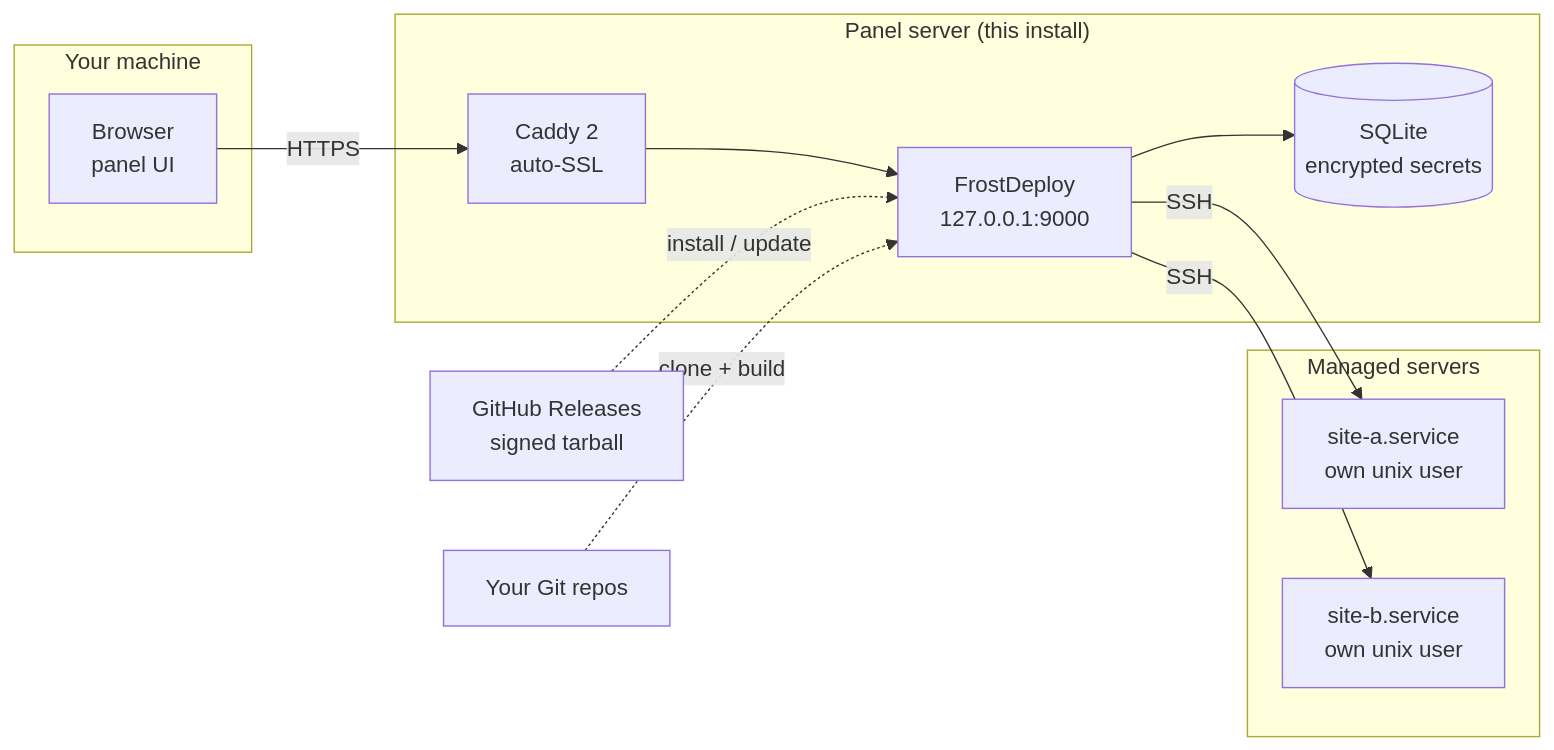
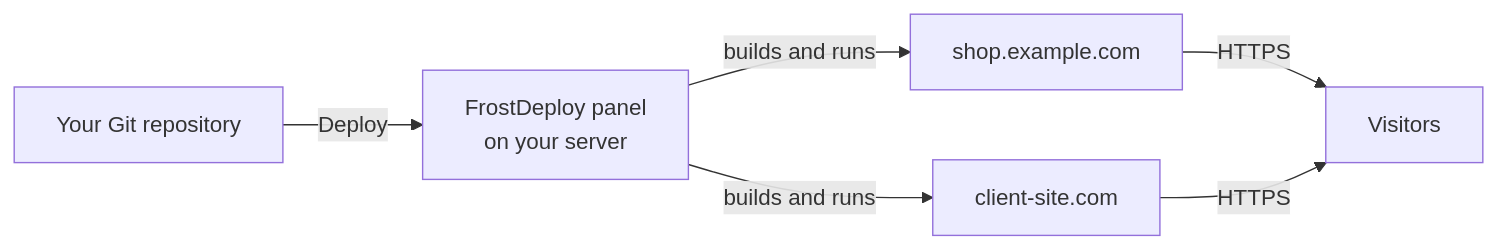
One commit to ARTFROST1/FreimDeploy changed the first of 2 diagrams in README.md. Above: the diagram before and after it, drawn with Mermaid. The commit also changed other lines of this file and 5 other files, not shown here.

````diff
--- a/README.md
+++ b/README.md
@@ -156,25 +187,8 @@
 ```mermaid
 flowchart LR
-    subgraph you["Your machine"]
-        B["Browser<br/>panel UI"]
-    end
-
-    subgraph panel["Panel server (this install)"]
-        C["Caddy 2<br/>auto-SSL"]
-        P["FrostDeploy<br/>127.0.0.1:9000"]
-        D[("SQLite<br/>encrypted secrets")]
-        C --> P
-        P --> D
-    end
-
-    subgraph targets["Managed servers"]
-        S1["site-a.service<br/>own unix user"]
-        S2["site-b.service<br/>own unix user"]
-    end
-
-    B -->|HTTPS| C
-    P -->|SSH| S1
-    P -->|SSH| S2
-    R["GitHub Releases<br/>signed tarball"] -.->|install / update| P
-    G["Your Git repos"] -.->|clone + build| P
+    G["Your Git repository"] -->|Deploy| P["FrostDeploy panel<br/>on your server"]
+    P -->|builds and runs| S1["shop.example.com"]
+    P -->|builds and runs| S2["client-site.com"]
+    S1 -->|HTTPS| V["Visitors"]
+    S2 -->|HTTPS| V
 ```
````
